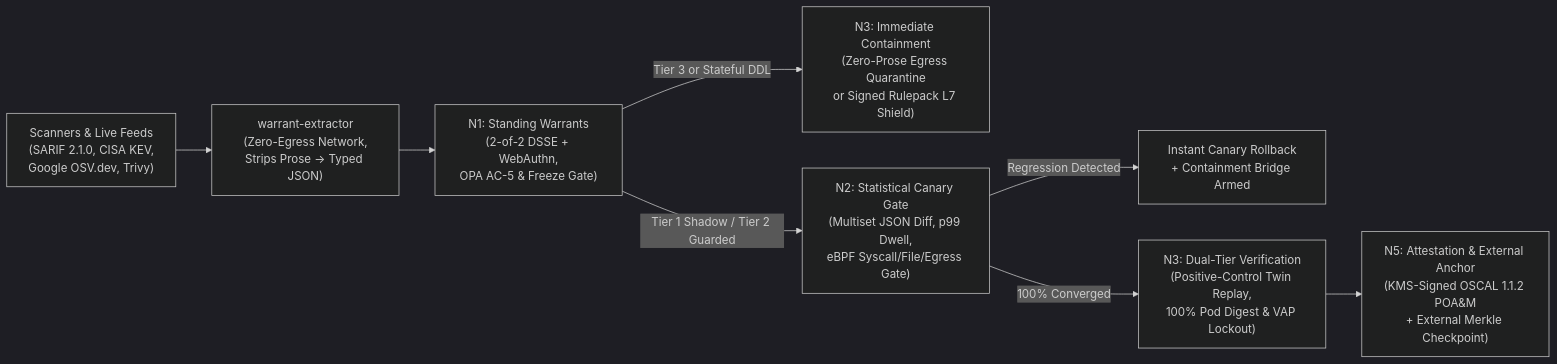
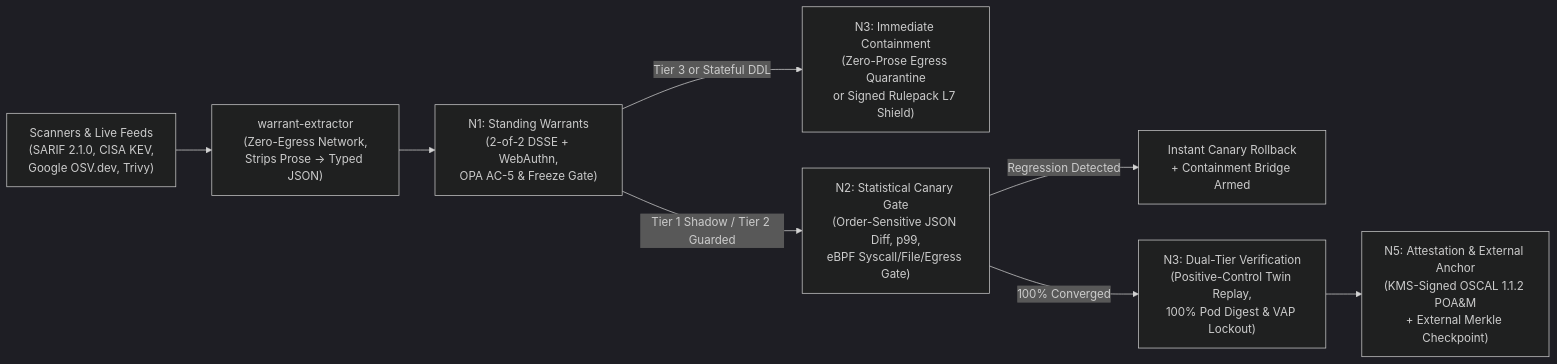
Before and after one commit to cgilbert61/G1-Warrant: the diagram in README.md, drawn with Mermaid (dark theme). The commit also changed other lines of this file and 40 other files, not shown here.

Commit message:
fix(hardening): order-sensitive JSON diff default, depth-agnostic N4 path guards, secret hash non-equivalence, Tetragon sensor auth, WATCH 410 resync, persistent kernel key ring, and FLASH-20261113-001 README update

````diff
--- a/README.md
+++ b/README.md
@@ -65,10 +74,10 @@
 ```mermaid
 flowchart LR
     Feeds["Scanners & Live Feeds\n(SARIF 2.1.0, CISA KEV,\nGoogle OSV.dev, Trivy)"] --> Extractor["warrant-extractor\n(Zero-Egress Network,\nStrips Prose -> Typed JSON)"]
     Extractor --> N1["N1: Standing Warrants\n(2-of-2 DSSE + WebAuthn,\nOPA AC-5 & Freeze Gate)"]
     N1 -->|Tier 3 or Stateful DDL| Bridge["N3: Immediate Containment\n(Zero-Prose Egress Quarantine\nor Signed Rulepack L7 Shield)"]
-    N1 -->|Tier 1 Shadow / Tier 2 Guarded| N2["N2: Statistical Canary Gate\n(Multiset JSON Diff, p99 Dwell,\neBPF Syscall/File/Egress Gate)"]
+    N1 -->|Tier 1 Shadow / Tier 2 Guarded| N2["N2: Statistical Canary Gate\n(Order-Sensitive JSON Diff, p99,\neBPF Syscall/File/Egress Gate)"]
     N2 -->|Regression Detected| Rollback["Instant Canary Rollback\n+ Containment Bridge Armed"]
     N2 -->|100% Converged| N3["N3: Dual-Tier Verification\n(Positive-Control Twin Replay,\n100% Pod Digest & VAP Lockout)"]
     N3 --> N5["N5: Attestation & External Anchor\n(KMS-Signed OSCAL 1.1.2 POA&M\n+ External Merkle Checkpoint)"]
 ```
````
